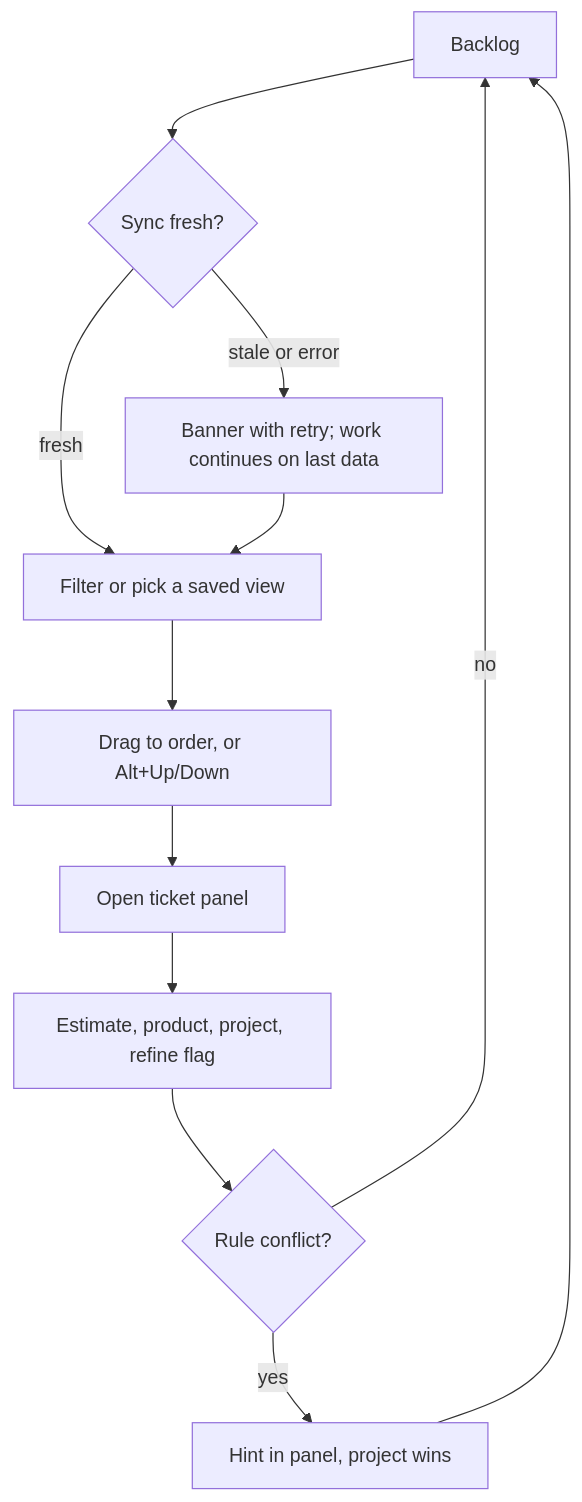
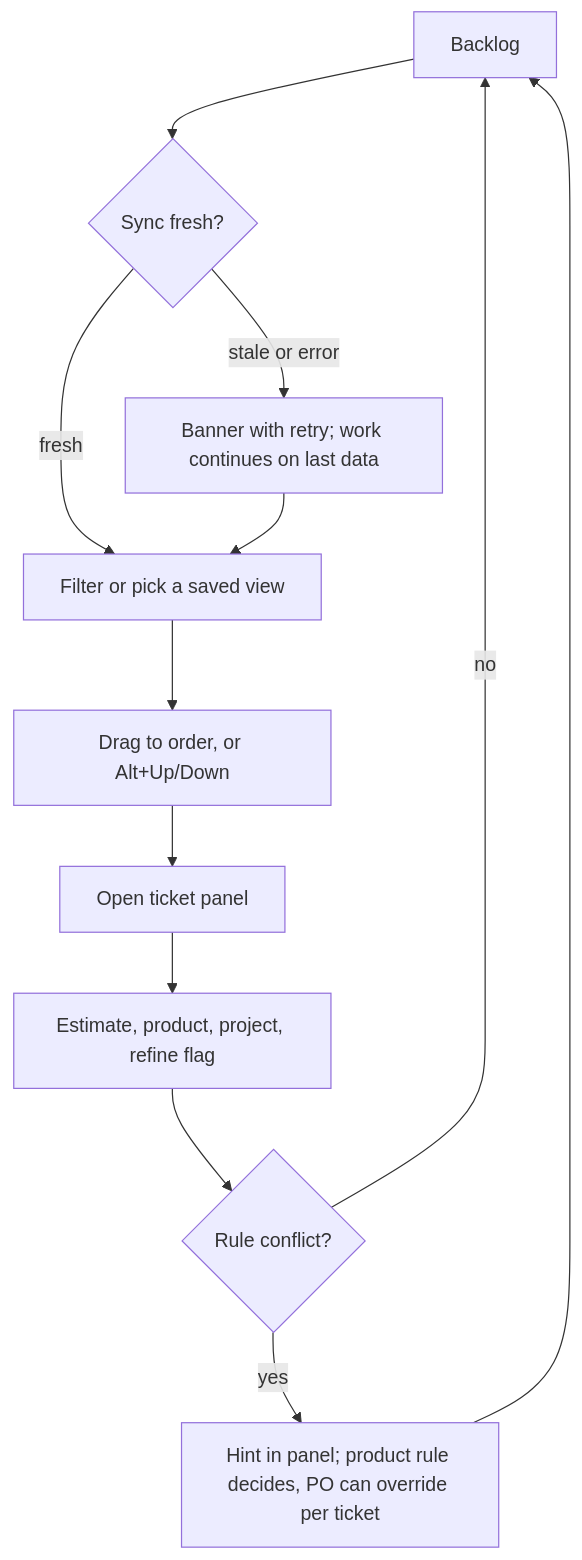
Before and after one commit to swallat/foresprint: the fourth of 15 diagrams in docs/redesign/flows.md, drawn with Mermaid. The commit also changed other lines of this file and 16 other files, not shown here.

First line of the commit message:
Add clickable 1.0 mockups of all flows (demo team, Iosevka, light and dark) and pro-forma sprints

````diff
--- a/docs/redesign/flows.md
+++ b/docs/redesign/flows.md
@@ -181,13 +182,13 @@
 ```mermaid
 flowchart TD
   B[Backlog] --> S{Sync fresh?}
   S -- stale or error --> S1[Banner with retry; work continues on last data]
   S -- fresh --> F[Filter or pick a saved view]
   S1 --> F
   F --> O[Drag to order, or Alt+Up/Down]
   O --> P[Open ticket panel]
   P --> R[Estimate, product, project, refine flag]
   R --> C{Rule conflict?}
-  C -- yes --> C1[Hint in panel, project wins] --> B
+  C -- yes --> C1[Hint in panel; product rule decides, PO can override per ticket] --> B
   C -- no --> B
 ```
````
